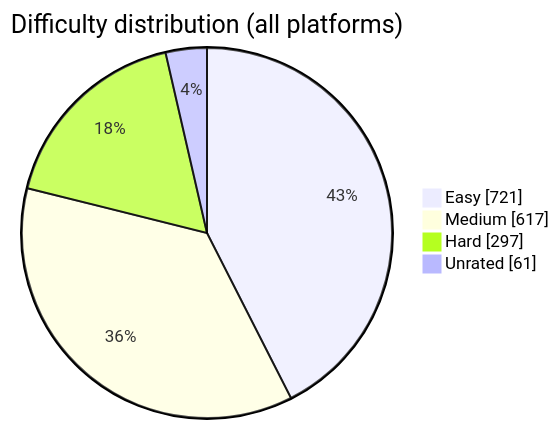
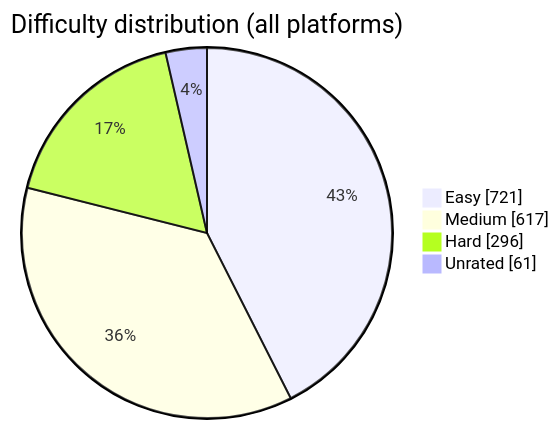
The diagram in README.md (BuildbyArindam/Daily-Coding-Log), drawn with Mermaid before and after one commit. The commit also changed other lines of this file, not shown here.

````diff
--- a/README.md
+++ b/README.md
@@ -93,7 +93,7 @@
 ```mermaid
 pie showData title Difficulty distribution (all platforms)
     "Easy" : 721
     "Medium" : 617
-    "Hard" : 297
+    "Hard" : 296
     "Unrated" : 61
 ```
````
